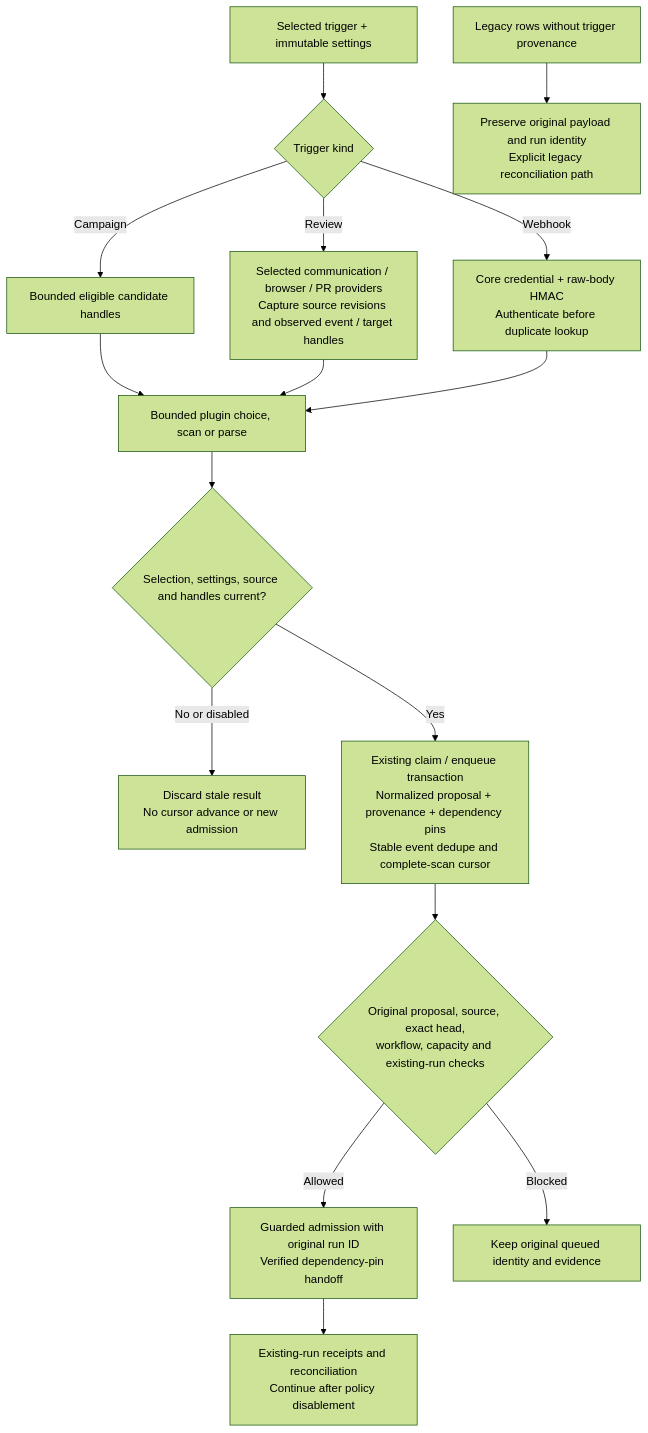
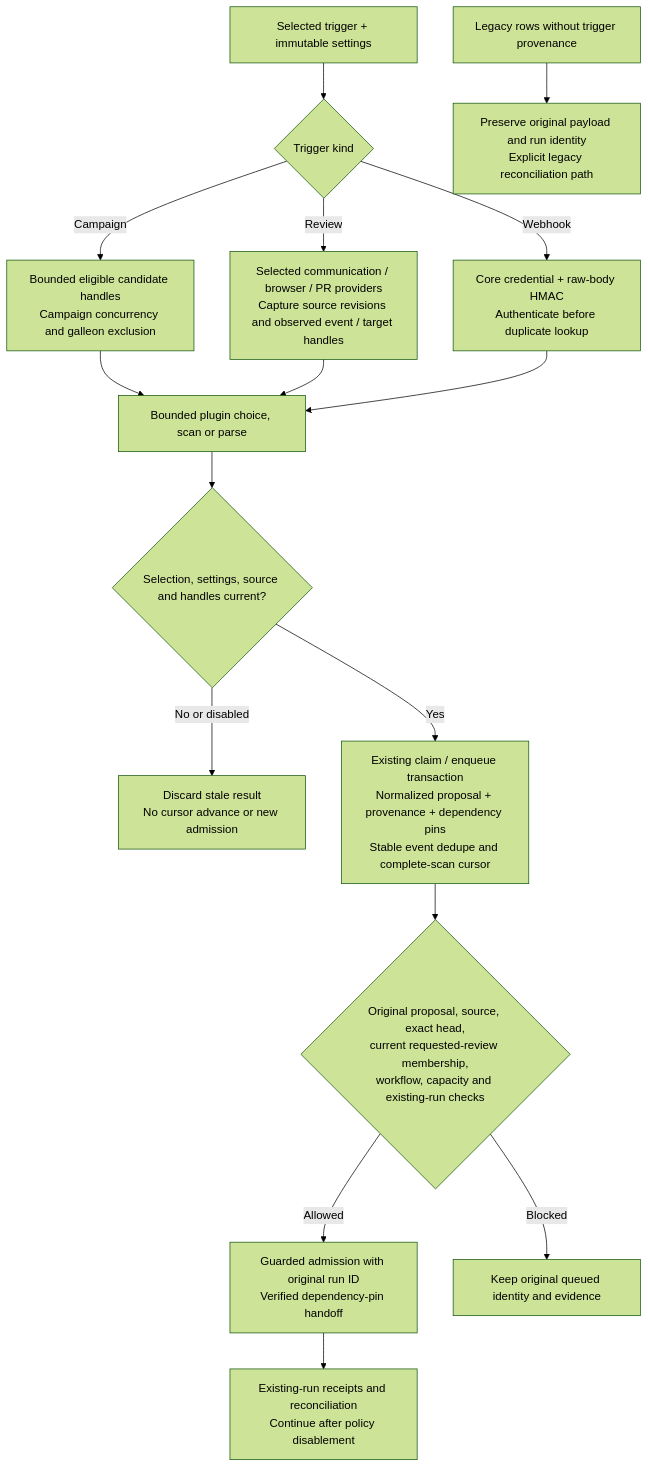
Before and after one commit to nloehlein-godaddy/helmsman: diagram 19 of 22 in docs/helmsman-process.md, drawn with Mermaid (forest theme). The commit also changed other lines of this file and 9 other files, not shown here.

Commit message:
fix(triggers): preserve queue progress and requested review membership

````diff
--- a/docs/helmsman-process.md
+++ b/docs/helmsman-process.md
@@ -429,18 +429,18 @@
 ```mermaid
 flowchart TD
     Select[Selected trigger + immutable settings] --> Input{Trigger kind}
-    Input -->|Campaign| Candidates[Bounded eligible candidate handles]
+    Input -->|Campaign| Candidates[Bounded eligible candidate handles<br/>Campaign concurrency and galleon exclusion]
     Input -->|Review| Reads[Selected communication / browser / PR providers<br/>Capture source revisions and observed event / target handles]
     Input -->|Webhook| Auth[Core credential + raw-body HMAC<br/>Authenticate before duplicate lookup]
     Candidates --> Policy[Bounded plugin choice, scan or parse]
     Reads --> Policy
     Auth --> Policy
     Policy --> Fence{Selection, settings, source and handles current?}
     Fence -->|No or disabled| Block[Discard stale result<br/>No cursor advance or new admission]
     Fence -->|Yes| Store[Existing claim / enqueue transaction<br/>Normalized proposal + provenance + dependency pins<br/>Stable event dedupe and complete-scan cursor]
-    Store --> Guard{Original proposal, source, exact head,<br/>workflow, capacity and existing-run checks}
+    Store --> Guard{Original proposal, source, exact head,<br/>current requested-review membership,<br/>workflow, capacity and existing-run checks}
     Guard -->|Allowed| Admit[Guarded admission with original run ID<br/>Verified dependency-pin handoff]
     Guard -->|Blocked| Retain[Keep original queued identity and evidence]
     Admit --> Reconcile[Existing-run receipts and reconciliation<br/>Continue after policy disablement]
     Legacy[Legacy rows without trigger provenance] --> Original[Preserve original payload and run identity<br/>Explicit legacy reconciliation path]
 ```
````
